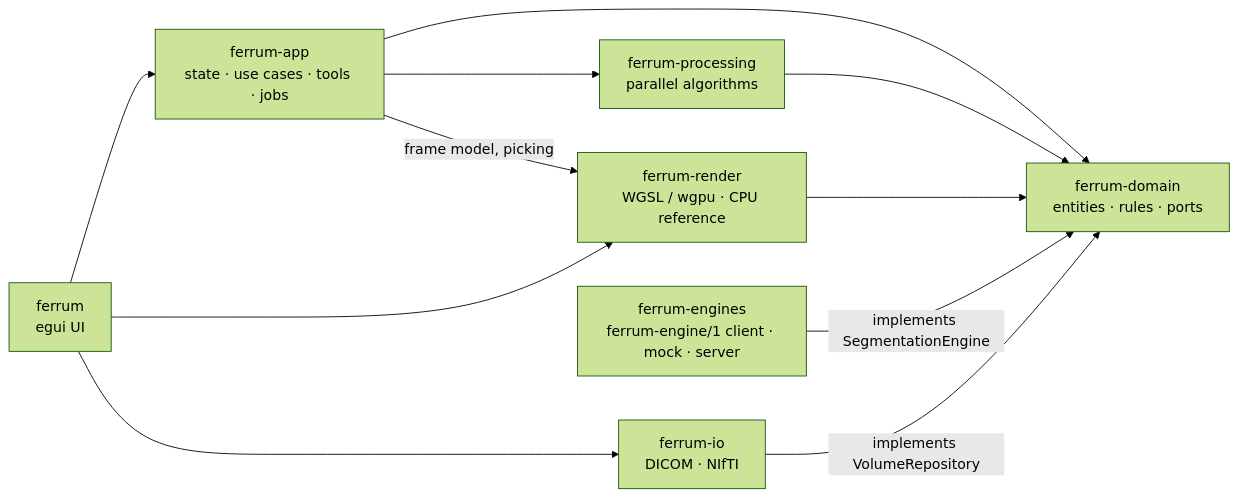
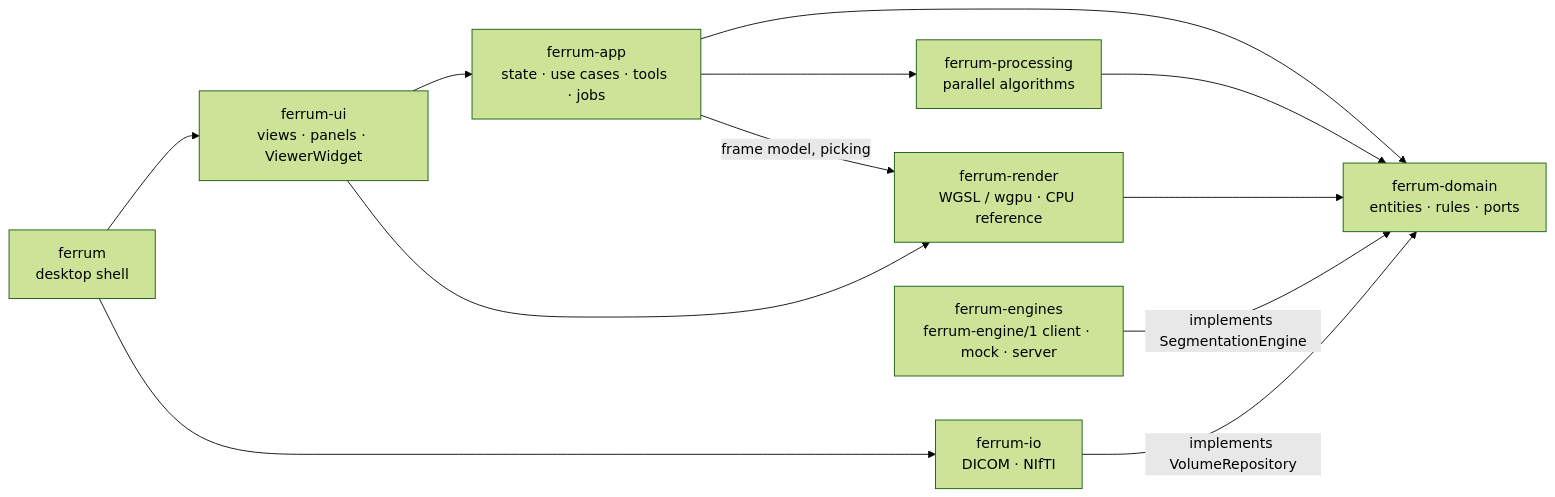
The diagram in README.md (Kauter1989/ferrum), drawn with Mermaid (forest theme) before and after one commit. The commit also changed other lines of this file and 7 other files, not shown here.

````diff
--- a/README.md
+++ b/README.md
@@ -521,13 +540,14 @@
 ```mermaid
 flowchart LR
-    V["ferrum<br/>egui UI"] --> A["ferrum-app<br/>state · use cases · tools · jobs"]
-    V --> R["ferrum-render<br/>WGSL / wgpu · CPU reference"]
+    V["ferrum<br/>desktop shell"] --> UI["ferrum-ui<br/>views · panels · ViewerWidget"]
+    UI --> A["ferrum-app<br/>state · use cases · tools · jobs"]
+    UI --> R["ferrum-render<br/>WGSL / wgpu · CPU reference"]
     V --> IO["ferrum-io<br/>DICOM · NIfTI"]
     A --> D["ferrum-domain<br/>entities · rules · ports"]
     A --> P["ferrum-processing<br/>parallel algorithms"]
     A -->|"frame model, picking"| R
     R --> D
     P --> D
     IO -->|"implements VolumeRepository"| D
     EN["ferrum-engines<br/>ferrum-engine/1 client · mock · server"] -->|"implements SegmentationEngine"| D
 ```
````
